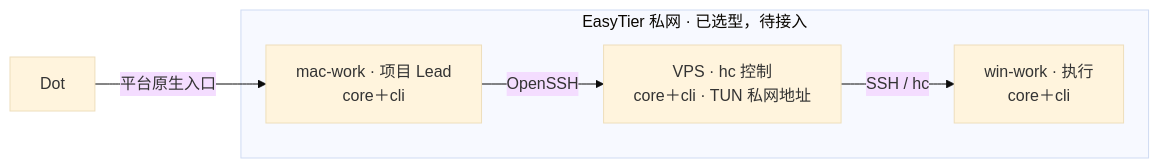
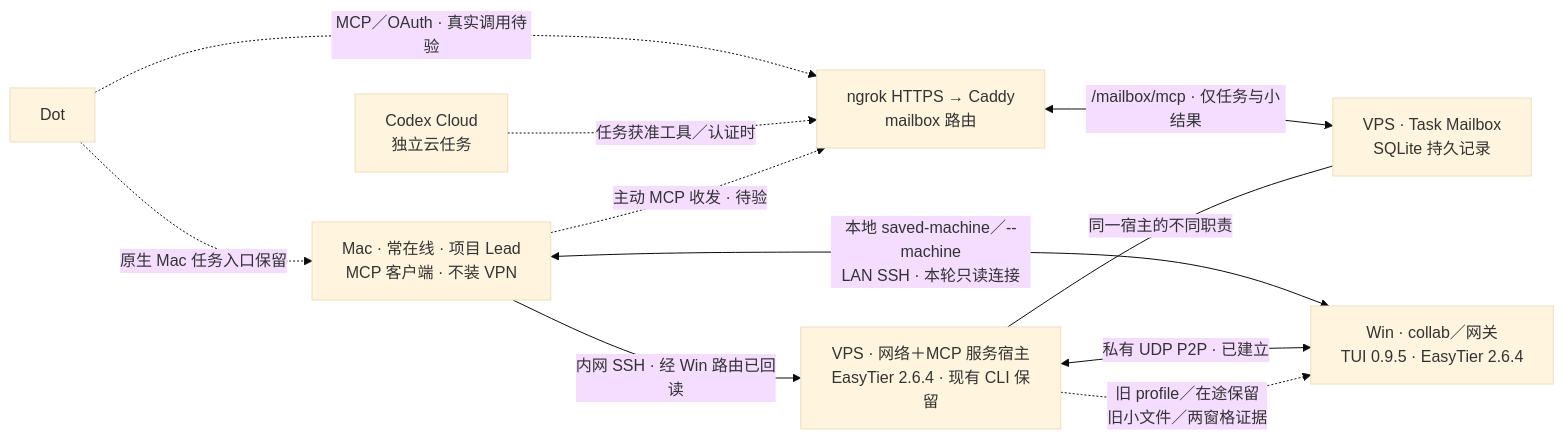
Before and after one commit to CF-FE/herdr-4-codexcloud: the diagram in docs/networking-plan.md, drawn with Mermaid (base theme). The commit also changed other lines of this file and 35 other files, not shown here.

Commit message:
Update Herdr coordination architecture and worker guidance

````diff
--- a/docs/networking-plan.md
+++ b/docs/networking-plan.md
@@ -24,8 +30,13 @@
 ```mermaid
 flowchart LR
-    D["Dot"] -->|"平台原生入口"| M
-    subgraph N["EasyTier 私网 · 已选型，待接入"]
-        M["mac-work · 项目 Lead<br/>core＋cli"] -->|"OpenSSH"| V["VPS · hc 控制<br/>core＋cli · TUN 私网地址"]
-        V -->|"SSH / hc"| W["win-work · 执行<br/>core＋cli"]
-    end
+    D["Dot"] -.->|"原生 Mac 任务入口保留"| M["Mac · 常在线 · 项目 Lead<br/>MCP 客户端 · 不装 VPN"]
+    D -.->|"MCP／OAuth · 真实调用待验"| H["ngrok HTTPS → Caddy<br/>mailbox 路由"]
+    C["Codex Cloud<br/>独立云任务"] -.->|"任务获准工具／认证时"| H
+    M -.->|"主动 MCP 收发 · 待验"| H
+    H <-->|"/mailbox/mcp · 仅任务与小结果"| B["VPS · Task Mailbox<br/>SQLite 持久记录"]
+    M <-->|"本地 saved-machine／--machine<br/>LAN SSH · 本轮只读连接"| W["Win · collab／网关<br/>TUI 0.9.5 · EasyTier 2.6.4"]
+    V["VPS · 网络＋MCP 服务宿主<br/>EasyTier 2.6.4 · 现有 CLI 保留"] <-->|"私有 UDP P2P · 已建立"| W
+    V ---|"同一宿主的不同职责"| B
+    M -->|"内网 SSH · 经 Win 路由已回读"| V
+    V -.->|"旧 profile／在途保留<br/>旧小文件／两窗格证据"| W
 ```
````
